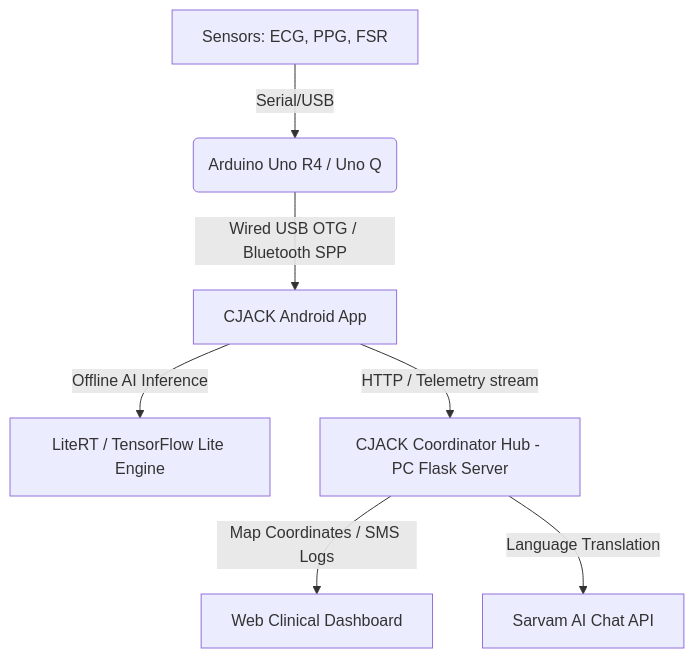
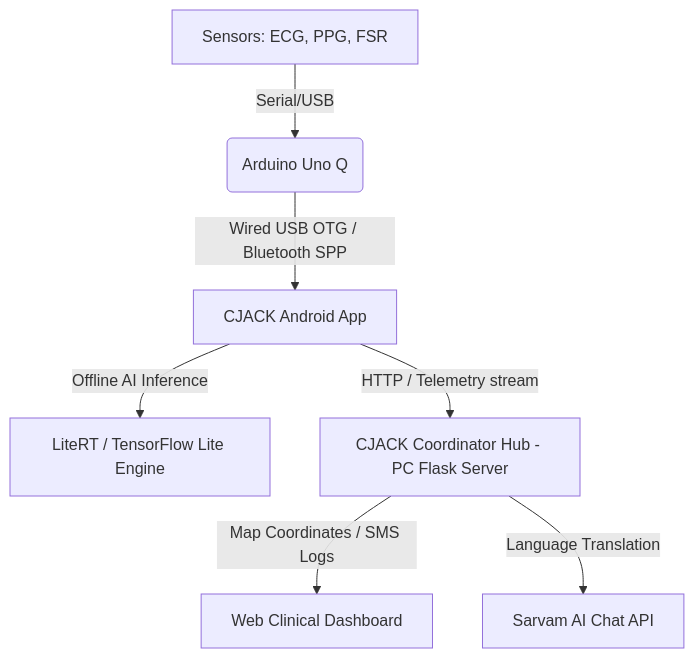
The diagram in README.md (udhayaragavan13-web/-cjack-ai), drawn with Mermaid before and after one commit. The commit also changed other lines of this file, not shown here.

Commit message:
Update README.md reference to Arduino Uno Q and remove pulse from telemetry JSON

````diff
--- a/README.md
+++ b/README.md
@@ -11,9 +9,9 @@
 ```mermaid
 graph TD
-    A[Sensors: ECG, PPG, FSR] -->|Serial/USB| B(Arduino Uno R4 / Uno Q)
+    A[Sensors: ECG, PPG, FSR] -->|Serial/USB| B(Arduino Uno Q)
     B -->|Wired USB OTG / Bluetooth SPP| C[CJACK Android App]
     C -->|Offline AI Inference| D[LiteRT / TensorFlow Lite Engine]
     C -->|HTTP / Telemetry stream| E[CJACK Coordinator Hub - PC Flask Server]
     E -->|Map Coordinates / SMS Logs| F[Web Clinical Dashboard]
     E -->|Language Translation| G[Sarvam AI Chat API]
 ```
````
